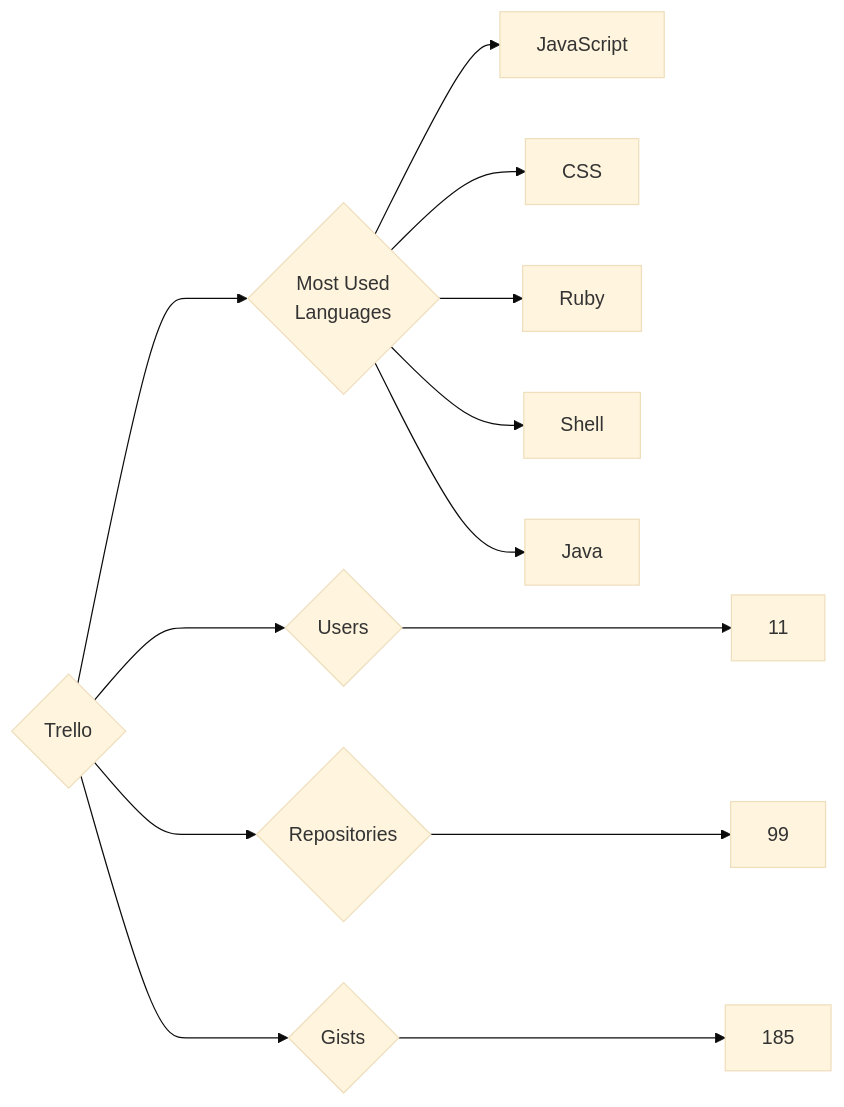
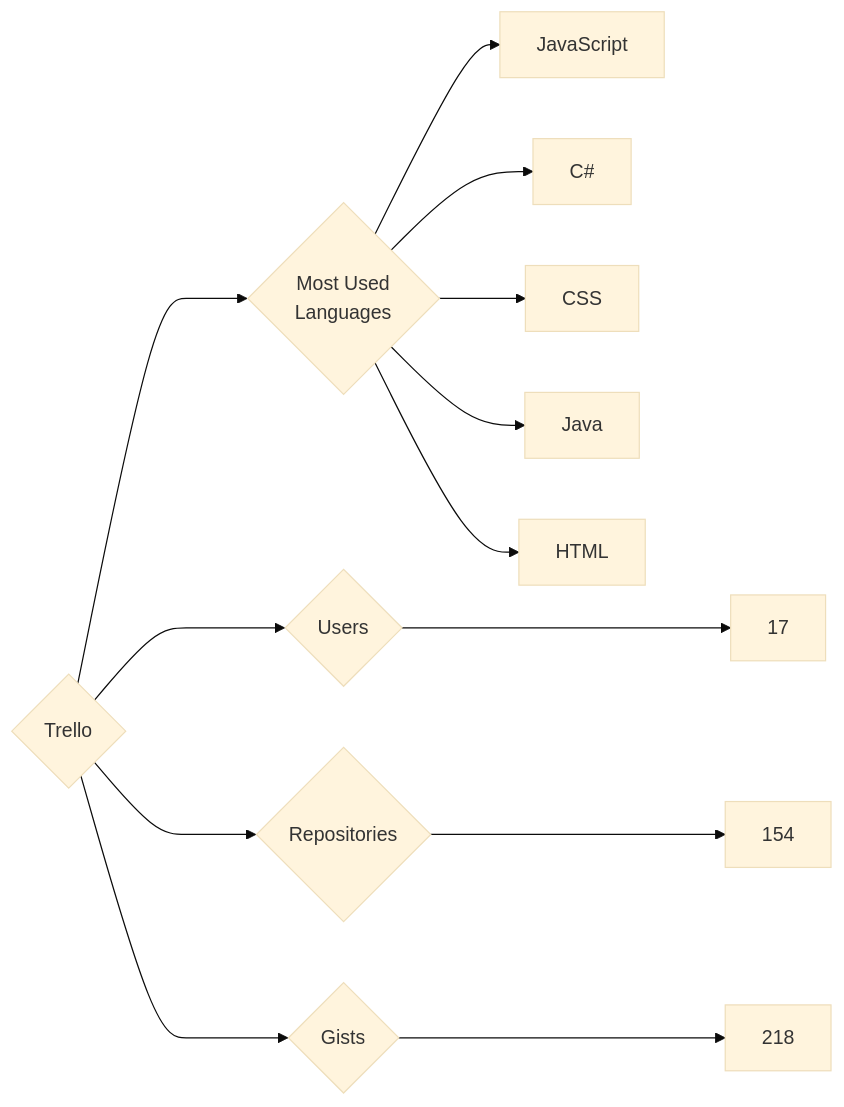
The diagram in targets/Trello/README.md (trickest/insiders), drawn with Mermaid (base theme) before and after one commit. The commit also changed 1508 other files, not shown here.

````diff
--- a/targets/Trello/README.md
+++ b/targets/Trello/README.md
@@ -3,13 +3,13 @@
 ```mermaid
 graph LR
 COMPANY_NAME{Trello}
-COMPANY_NAME ---> U{Users} ---> UN[11]
-COMPANY_NAME ---> R{Repositories} ---> RN[99]
-COMPANY_NAME ---> G{Gists} ---> GN[185]
+COMPANY_NAME ---> U{Users} ---> UN[17]
+COMPANY_NAME ---> R{Repositories} ---> RN[154]
+COMPANY_NAME ---> G{Gists} ---> GN[218]
 COMPANY_NAME ---> ML{Most Used<br>Languages}
 ML --> JavaScript[JavaScript]
+ML --> C#[C#]
 ML --> CSS[CSS]
-ML --> Ruby[Ruby]
-ML --> Shell[Shell]
 ML --> Java[Java]
+ML --> HTML[HTML]
 ```
````
